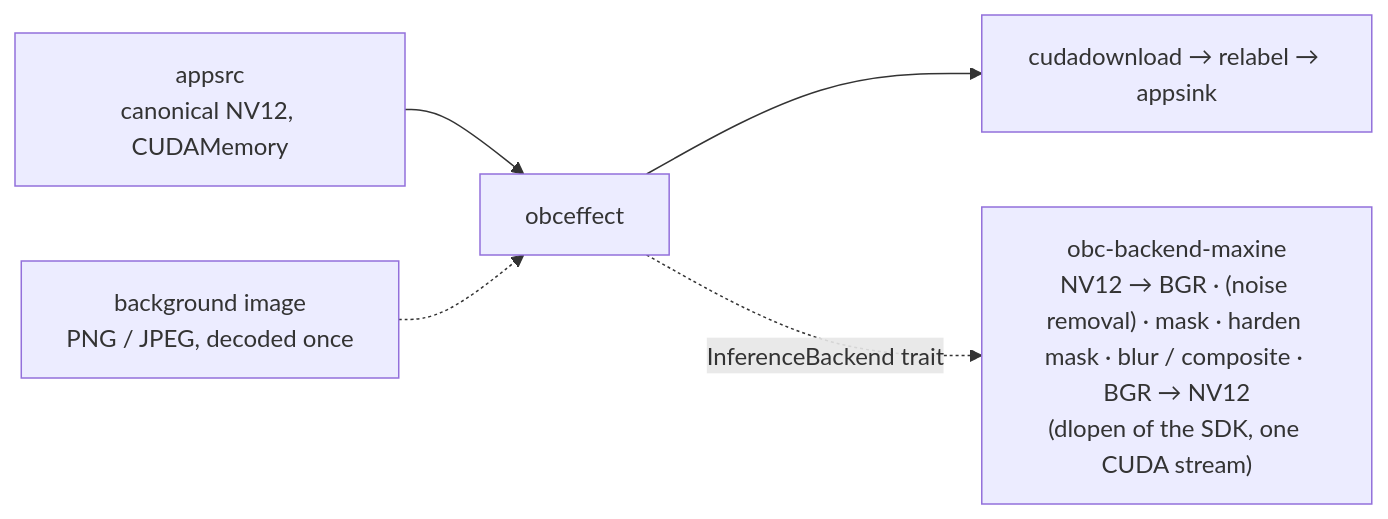
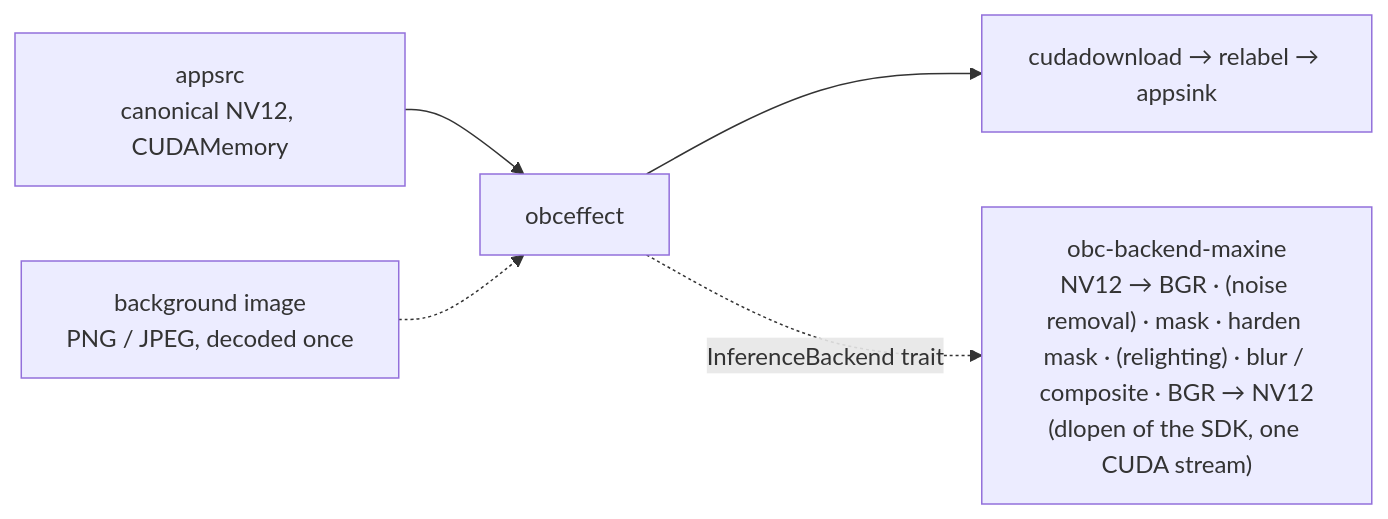
Before and after one commit to rsd/omarchy-broadcast: the fourth of 6 diagrams in docs/architecture.md, drawn with Mermaid. The commit also changed other lines of this file and 61 other files, not shown here.

````diff
--- a/docs/architecture.md
+++ b/docs/architecture.md
@@ -226,7 +228,7 @@
 ```mermaid
 flowchart LR
     SRC["appsrc<br/>canonical NV12, CUDAMemory"] --> FX["obceffect"]
     FX --> DL["cudadownload → relabel → appsink"]
-    FX -. "InferenceBackend trait" .-> BE["obc-backend-maxine<br/>NV12 → BGR · (noise removal) · mask · harden mask · blur / composite · BGR → NV12<br/>(dlopen of the SDK, one CUDA stream)"]
+    FX -. "InferenceBackend trait" .-> BE["obc-backend-maxine<br/>NV12 → BGR · (noise removal) · mask · harden mask · (relighting) · blur / composite · BGR → NV12<br/>(dlopen of the SDK, one CUDA stream)"]
     BG["background image<br/>PNG / JPEG, decoded once"] -.-> FX
 ```
````
